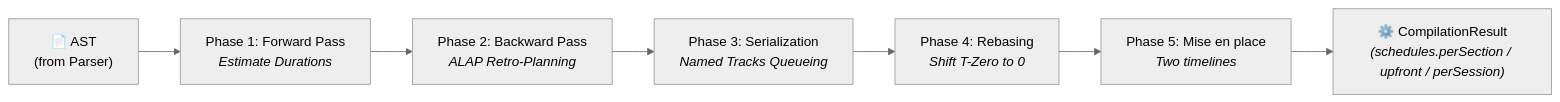
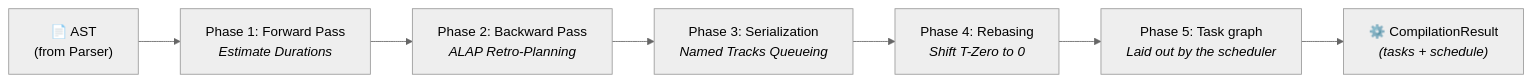
Before and after one commit to gram-lang/gram: the diagram in packages/docs/src/content/docs/docs/explanation/engine/kitchen.md, drawn with Mermaid (neutral theme). The commit also changed other lines of this file and 35 other files, not shown here.

Commit message:
docs: describe the task graph, the timer ranges, the days and the new options everywhere

````diff
--- a/packages/docs/src/content/docs/docs/explanation/engine/kitchen.md
+++ b/packages/docs/src/content/docs/docs/explanation/engine/kitchen.md
@@ -27,9 +27,9 @@
 ```mermaid
 flowchart LR
     AST["📄 AST<br/>(from Parser)"] --> P1["Phase 1: Forward Pass<br/><i>Estimate Durations</i>"]
     P1 --> P2["Phase 2: Backward Pass<br/><i>ALAP Retro-Planning</i>"]
     P2 --> P3["Phase 3: Serialization<br/><i>Named Tracks Queueing</i>"]
     P3 --> P4["Phase 4: Rebasing<br/><i>Shift T-Zero to 0</i>"]
-    P4 --> P5["Phase 5: Mise en place<br/><i>Two timelines</i>"]
-    P5 --> Result["⚙️ CompilationResult<br/><i>(schedules.perSection / upfront / perSession)</i>"]
+    P4 --> P5["Phase 5: Task graph<br/><i>Laid out by the scheduler</i>"]
+    P5 --> Result["⚙️ CompilationResult<br/><i>(tasks + schedule)</i>"]
 ```
````
